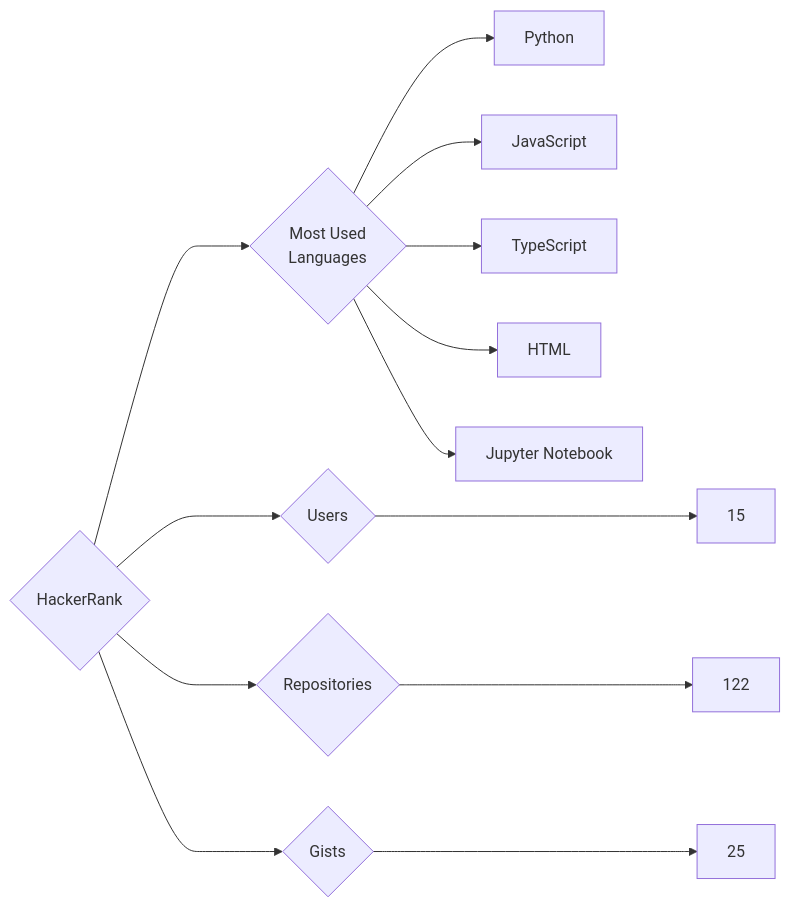
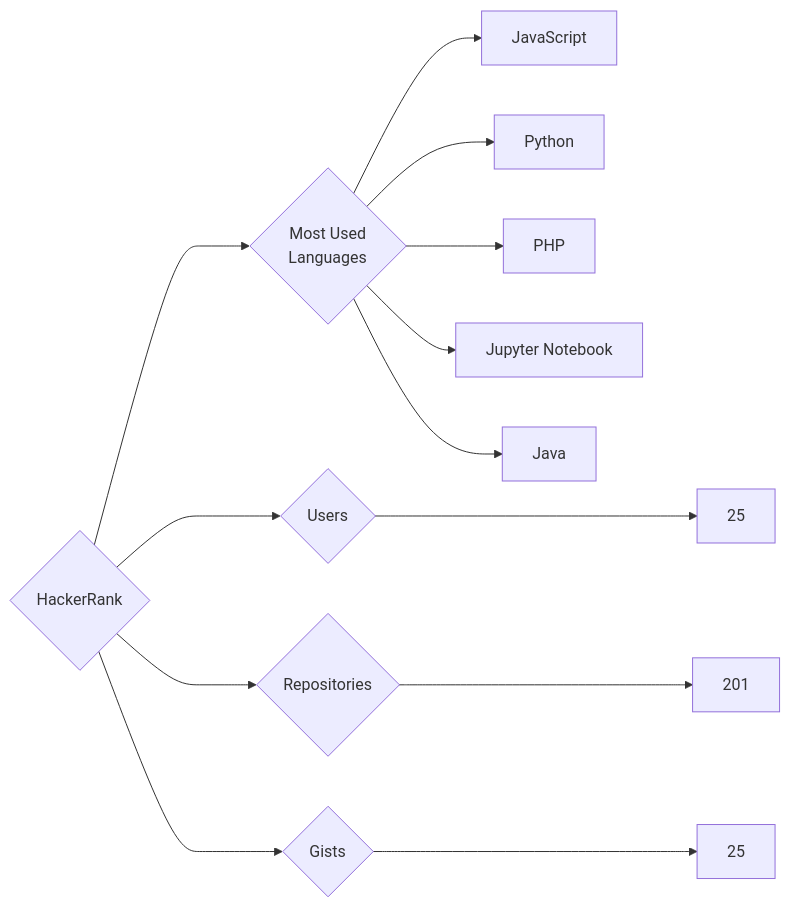
The diagram in targets/HackerRank/README.md (trickest/insiders), drawn with Mermaid before and after one commit. The commit also changed 1195 other files, not shown here.

````diff
--- a/targets/HackerRank/README.md
+++ b/targets/HackerRank/README.md
@@ -3,13 +3,13 @@
 ```mermaid
 graph LR
 COMPANY_NAME{HackerRank}
-COMPANY_NAME ---> U{Users} ---> UN[15]
-COMPANY_NAME ---> R{Repositories} ---> RN[122]
+COMPANY_NAME ---> U{Users} ---> UN[25]
+COMPANY_NAME ---> R{Repositories} ---> RN[201]
 COMPANY_NAME ---> G{Gists} ---> GN[25]
 COMPANY_NAME ---> ML{Most Used<br>Languages}
+ML --> JavaScript[JavaScript]
 ML --> Python[Python]
-ML --> JavaScript[JavaScript]
-ML --> TypeScript[TypeScript]
-ML --> HTML[HTML]
+ML --> PHP[PHP]
 ML --> Jupyter_Notebook[Jupyter Notebook]
+ML --> Java[Java]
 ```
````
